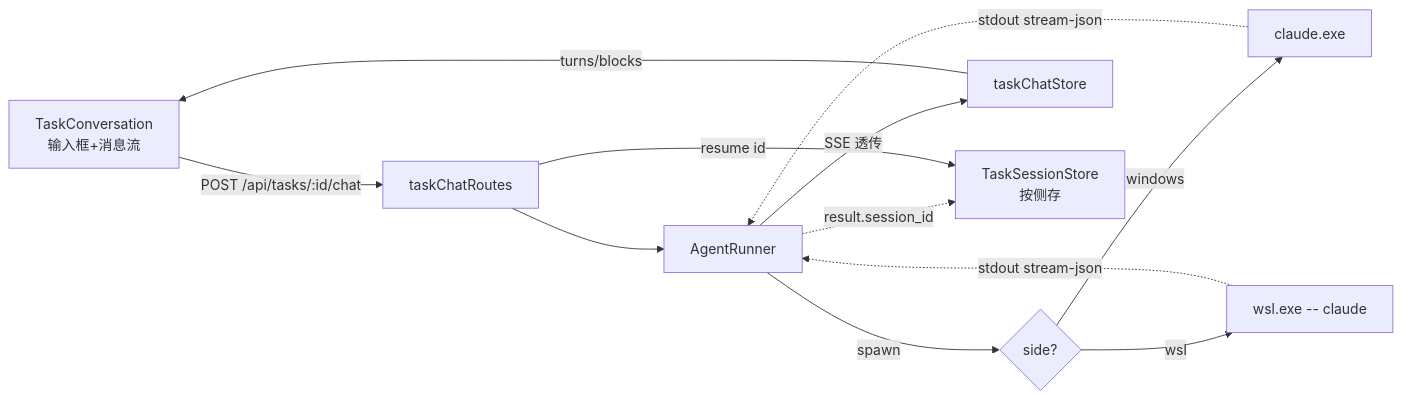
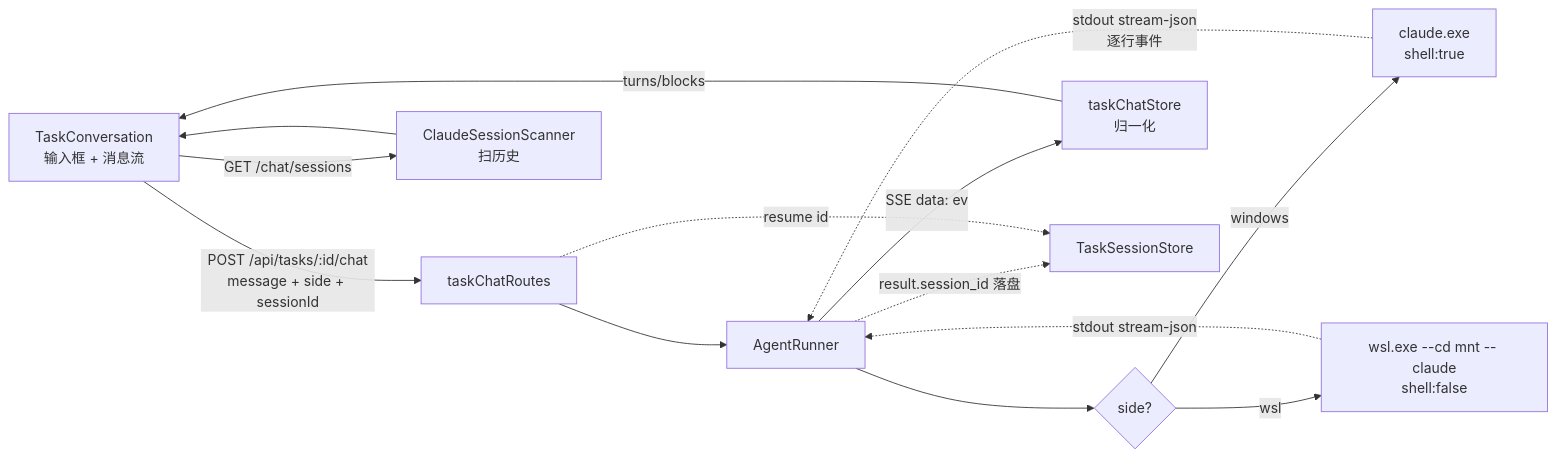
Before and after one commit to 575568329/ai-task-flow: the first of 2 diagrams in docs/20260725020000_Claude实时任务对话_实现报告.md, drawn with Mermaid. The commit also changed other lines of this file and 2 other files, not shown here.

First line of the commit message:
docs(chat): 文档扩为详细版 + 新增项目提升计划

````diff
--- a/docs/20260725020000_Claude实时任务对话_实现报告.md
+++ b/docs/20260725020000_Claude实时任务对话_实现报告.md
@@ -13,14 +37,16 @@
 ```mermaid
 flowchart LR
-    UI[TaskConversation<br/>输入框+消息流] -->|POST /api/tasks/:id/chat| Route[taskChatRoutes]
+    UI[TaskConversation<br/>输入框 + 消息流] -->|POST /api/tasks/:id/chat<br/>message + side + sessionId| Route[taskChatRoutes]
     Route --> Runner[AgentRunner]
-    Runner -->|spawn| Side{side?}
-    Side -->|windows| CW[claude.exe]
-    Side -->|wsl| WL[wsl.exe -- claude]
-    CW -.->|stdout stream-json| Runner
+    Runner --> Decide{side?}
+    Decide -->|windows| CW[claude.exe<br/>shell:true]
+    Decide -->|wsl| WL[wsl.exe --cd mnt -- claude<br/>shell:false]
+    CW -.->|stdout stream-json<br/>逐行事件| Runner
     WL -.->|stdout stream-json| Runner
-    Runner -->|SSE 透传| Store[taskChatStore]
+    Runner -->|SSE data: ev\n\n| Store[taskChatStore<br/>归一化]
     Store -->|turns/blocks| UI
-    Runner -.->|result.session_id| SS[TaskSessionStore<br/>按侧存]
-    Route -->|resume id| SS
+    Runner -.->|result.session_id 落盘| SS[TaskSessionStore]
+    Route -.->|resume id| SS
+    UI -->|GET /chat/sessions| Scan[ClaudeSessionScanner<br/>扫历史]
+    Scan --> UI
 ```
````
